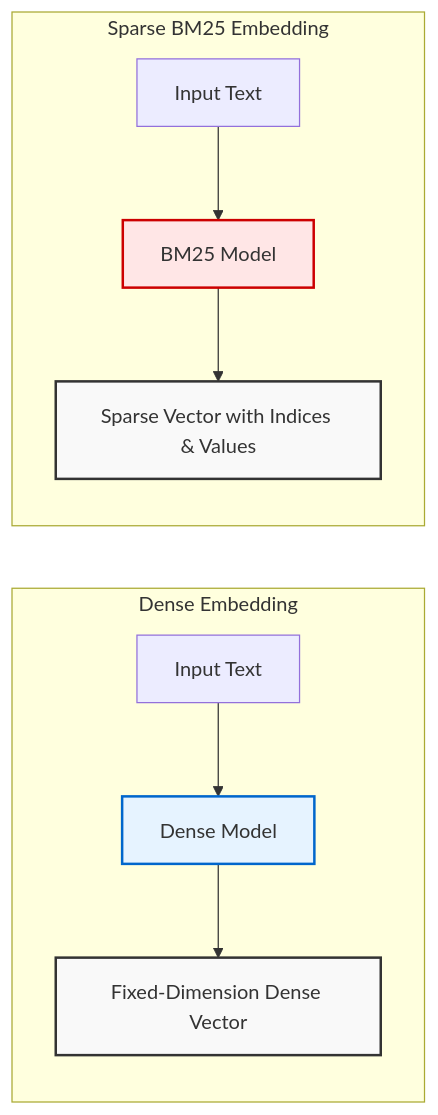
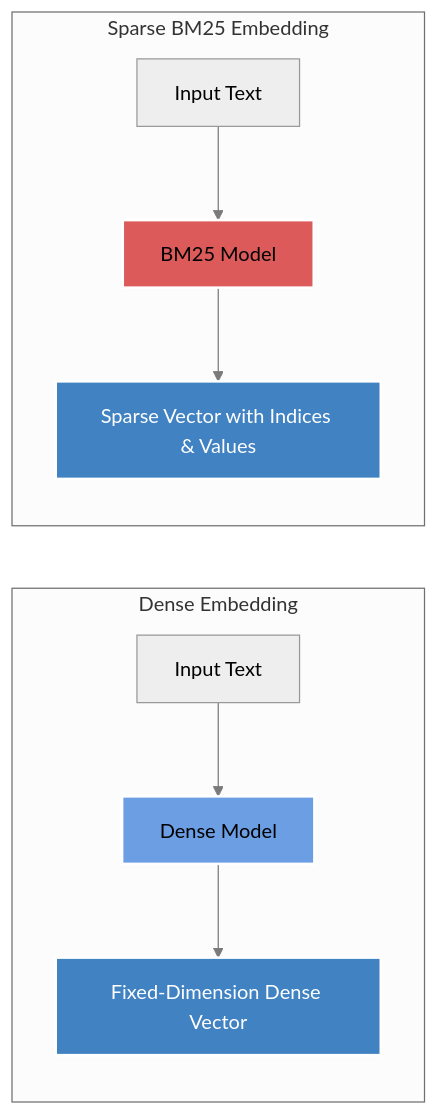
One commit to aurelio-labs/aurelio-sdk changed the second of 3 diagrams in docs/user-guide/embeddings.md. Above: the diagram before and after it, drawn with Mermaid. The commit also changed other lines of this file and 4 other files, not shown here.

Commit message:
fix: dark mode charts

````diff
--- a/docs/user-guide/embeddings.md
+++ b/docs/user-guide/embeddings.md
@@ -45,17 +46,18 @@
 ```mermaid
+%%{init: {'theme':'neutral', 'themeVariables': {'darkMode': true, 'primaryColor': '#4182c3', 'primaryTextColor': '#fff', 'primaryBorderColor': '#7a7a7a', 'lineColor': '#7a7a7a', 'secondaryColor': '#f5f5f5', 'tertiaryColor': '#333'}}}%%
 flowchart LR
     subgraph "Dense Embedding"
         A1[Input Text] --> B1[Dense Model]
         B1 --> C1[Fixed-Dimension Dense Vector]
     end
     
     subgraph "Sparse BM25 Embedding"
         A2[Input Text] --> B2[BM25 Model]
         B2 --> C2[Sparse Vector with Indices & Values]
     end
     
-    style B1 fill:#e6f3ff,stroke:#0066cc,stroke-width:2px
-    style B2 fill:#ffe6e6,stroke:#cc0000,stroke-width:2px
-    style C1 fill:#f9f9f9,stroke:#333,stroke-width:2px
-    style C2 fill:#f9f9f9,stroke:#333,stroke-width:2px
+    style B1 fill:#6c9ee3,stroke:#ffffff,stroke-width:2px
+    style B2 fill:#dc5a5a,stroke:#ffffff,stroke-width:2px
+    style C1 fill:#4182c3,stroke:#ffffff,stroke-width:2px,color:#ffffff
+    style C2 fill:#4182c3,stroke:#ffffff,stroke-width:2px,color:#ffffff
 ```
````
